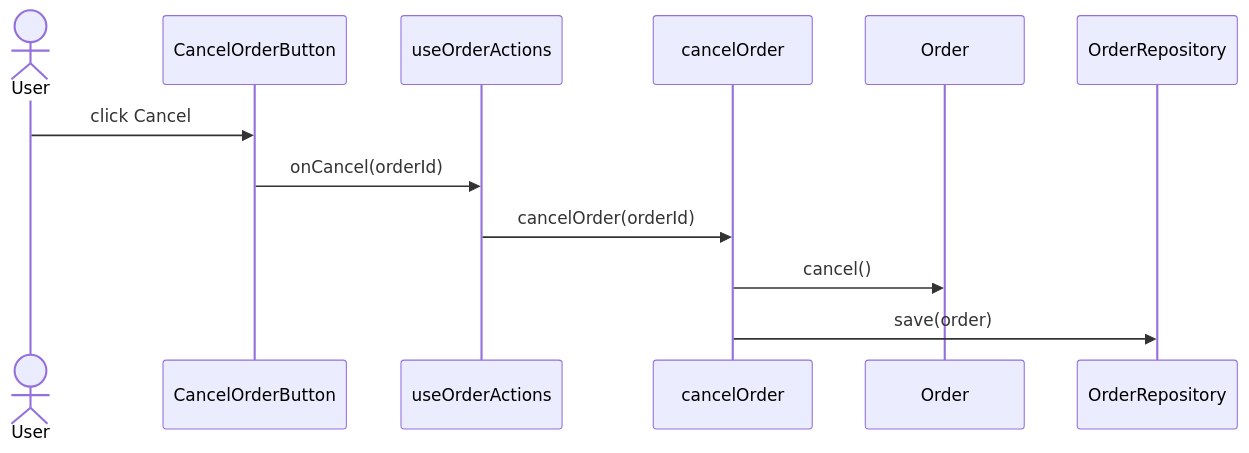
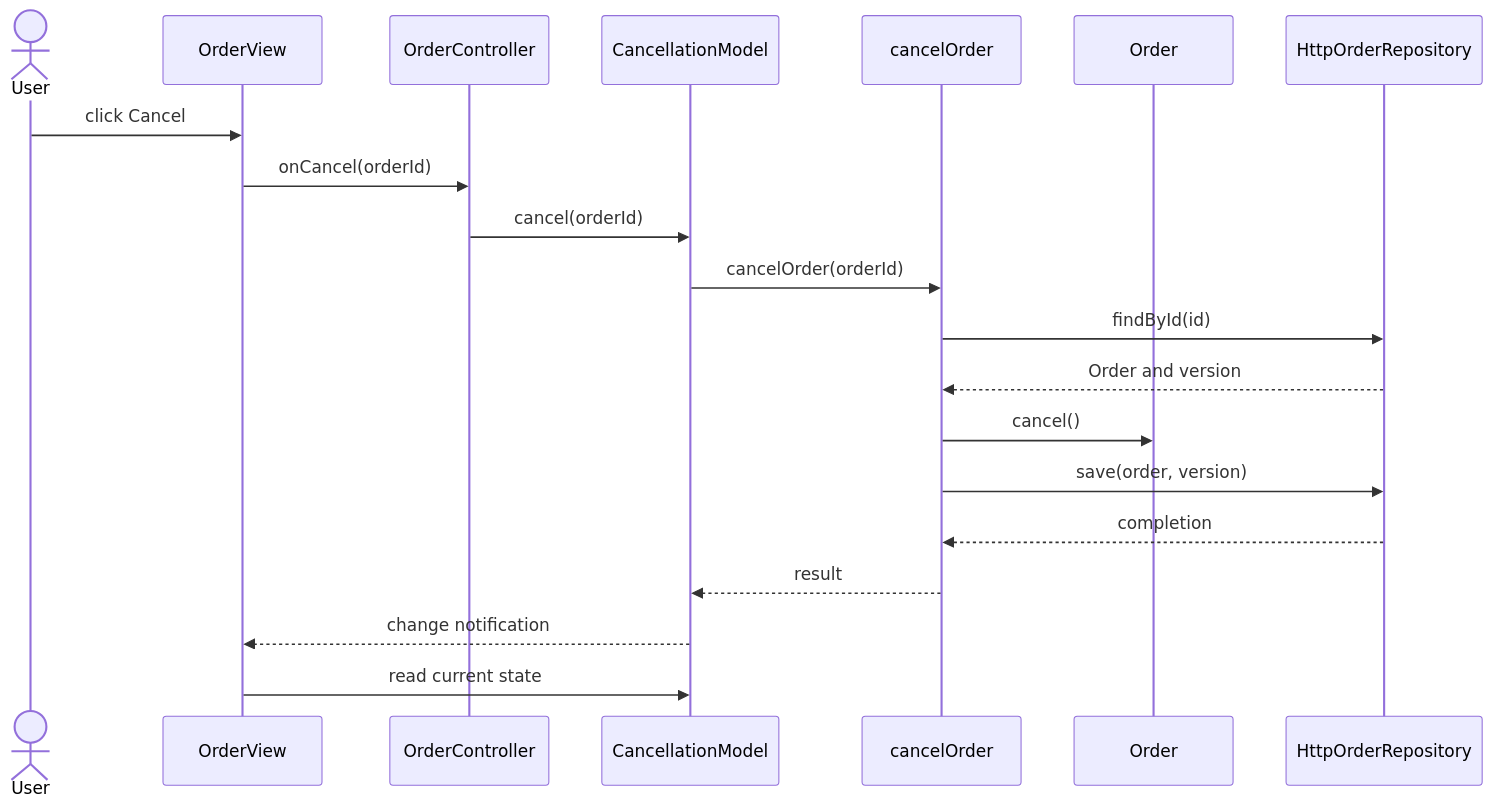
The sixth of 6 diagrams in model-view-controller/README.md (AndresTaoFlorez/software-architecture), drawn with Mermaid before and after one commit. The commit also changed other lines of this file and 12 other files, not shown here.

````diff
--- a/model-view-controller/README.md
+++ b/model-view-controller/README.md
@@ -191,15 +212,23 @@
 ```mermaid
 sequenceDiagram
     actor User
-    participant View as CancelOrderButton
-    participant Controller as useOrderActions
+    participant View as OrderView
+    participant Controller as OrderController
+    participant Model as CancellationModel
     participant UseCase as cancelOrder
     participant Order as Order
-    participant Repo as OrderRepository
+    participant Repo as HttpOrderRepository
 
     User->>View: click Cancel
     View->>Controller: onCancel(orderId)
-    Controller->>UseCase: cancelOrder(orderId)
+    Controller->>Model: cancel(orderId)
+    Model->>UseCase: cancelOrder(orderId)
+    UseCase->>Repo: findById(id)
+    Repo-->>UseCase: Order and version
     UseCase->>Order: cancel()
-    UseCase->>Repo: save(order)
+    UseCase->>Repo: save(order, version)
+    Repo-->>UseCase: completion
+    UseCase-->>Model: result
+    Model-->>View: change notification
+    View->>Model: read current state
 ```
````
